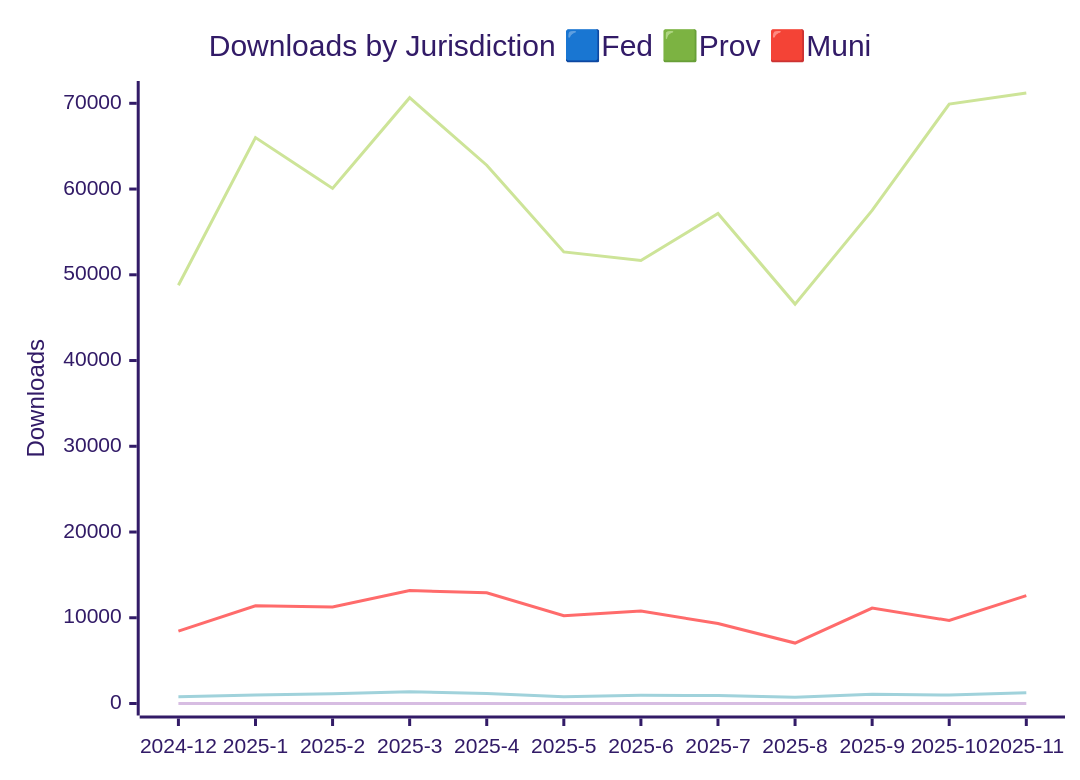
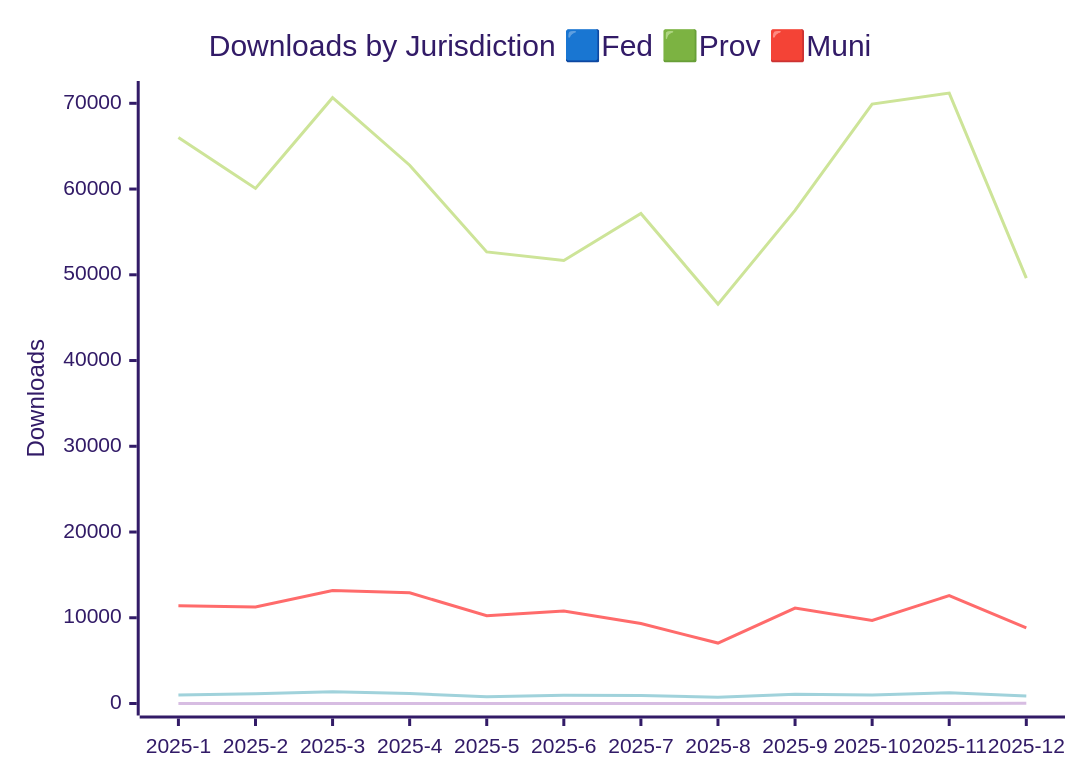
The first of 3 diagrams in JURISDICTION_ANALYTICS_REPORT/readme.md (open-data/analytics-corporate-reporting), drawn with Mermaid (forest theme) before and after one commit. The commit also changed other lines of this file and 3 other files, not shown here.

````diff
--- a/JURISDICTION_ANALYTICS_REPORT/readme.md
+++ b/JURISDICTION_ANALYTICS_REPORT/readme.md
@@ -13,11 +13,11 @@
 ```mermaid
 
 xychart-beta
     title "Downloads by Jurisdiction 🟦Fed 🟩Prov 🟥Muni"
-    x-axis [2024-12, 2025-1, 2025-2, 2025-3, 2025-4, 2025-5, 2025-6, 2025-7, 2025-8, 2025-9, 2025-10, 2025-11]
+    x-axis [2025-1, 2025-2, 2025-3, 2025-4, 2025-5, 2025-6, 2025-7, 2025-8, 2025-9, 2025-10, 2025-11, 2025-12]
     y-axis "Downloads" 0 --> 71202
-    line [48788, 66000, 60078, 70649, 62779, 52667, 51662, 57147, 46584, 57516, 69913, 71192]
-    line [8445, 11399, 11256, 13169, 12908, 10235, 10796, 9320, 7047, 11134, 9680, 12585]
-    line [791, 986, 1150, 1383, 1159, 787, 948, 938, 741, 1069, 980, 1257]
-    line [0, 0, 0, 0, 0, 0, 0, 0, 0, 0, 3, 2]
+    line [66000, 60078, 70649, 62779, 52667, 51662, 57147, 46584, 57516, 69913, 71192, 49607]
+    line [11399, 11256, 13169, 12908, 10235, 10796, 9320, 7047, 11134, 9680, 12585, 8825]
+    line [986, 1150, 1383, 1159, 787, 948, 938, 741, 1069, 980, 1257, 887]
+    line [0, 0, 0, 0, 0, 0, 0, 0, 0, 3, 2, 17]
 ```
````
